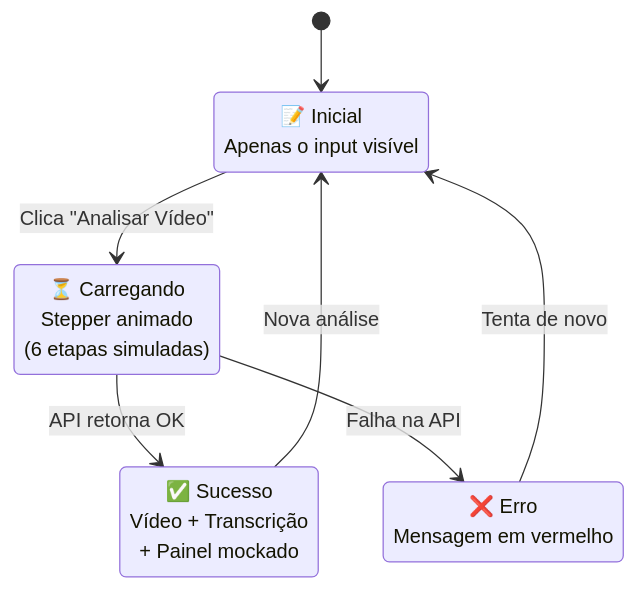
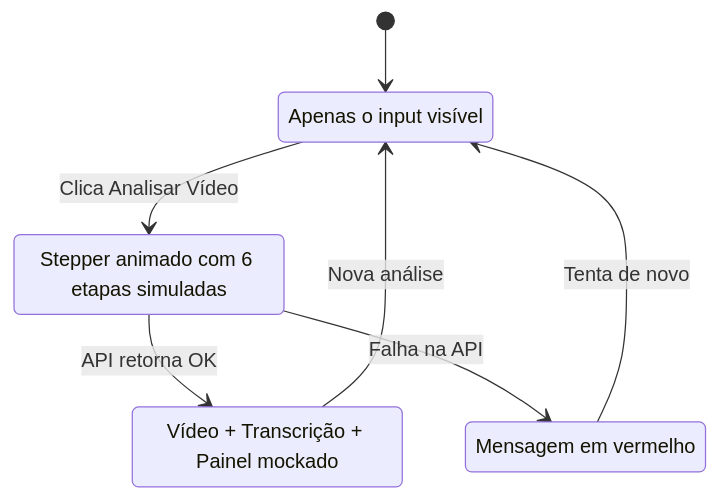
One commit to matheussvml/TCC changed the seventh of 7 diagrams in DIAGRAMA.md. Above: the diagram before and after it, drawn with Mermaid. The commit also changed other lines of this file, not shown here.

Commit message:
diagrama

````diff
--- a/DIAGRAMA.md
+++ b/DIAGRAMA.md
@@ -214,14 +214,14 @@
 ```mermaid
 stateDiagram-v2
     [*] --> Inicial
-    Inicial --> Carregando: Clica "Analisar Vídeo"
+    Inicial --> Carregando: Clica Analisar Vídeo
     Carregando --> Sucesso: API retorna OK
     Carregando --> Erro: Falha na API
     Sucesso --> Inicial: Nova análise
     Erro --> Inicial: Tenta de novo
 
-    Inicial: 📝 Inicial<br/>Apenas o input visível
-    Carregando: ⏳ Carregando<br/>Stepper animado<br/>(6 etapas simuladas)
-    Sucesso: ✅ Sucesso<br/>Vídeo + Transcrição<br/>+ Painel mockado
-    Erro: ❌ Erro<br/>Mensagem em vermelho
+    Inicial: Apenas o input visível
+    Carregando: Stepper animado com 6 etapas simuladas
+    Sucesso: Vídeo + Transcrição + Painel mockado
+    Erro: Mensagem em vermelho
 ```
````
